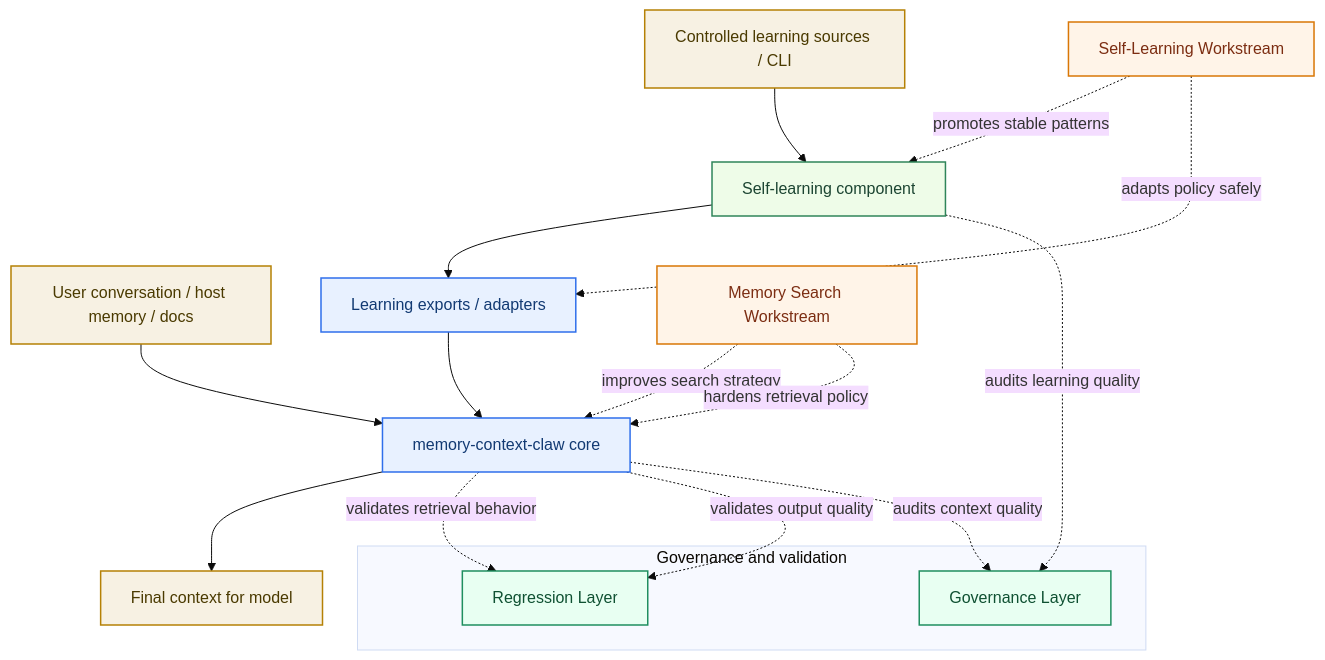
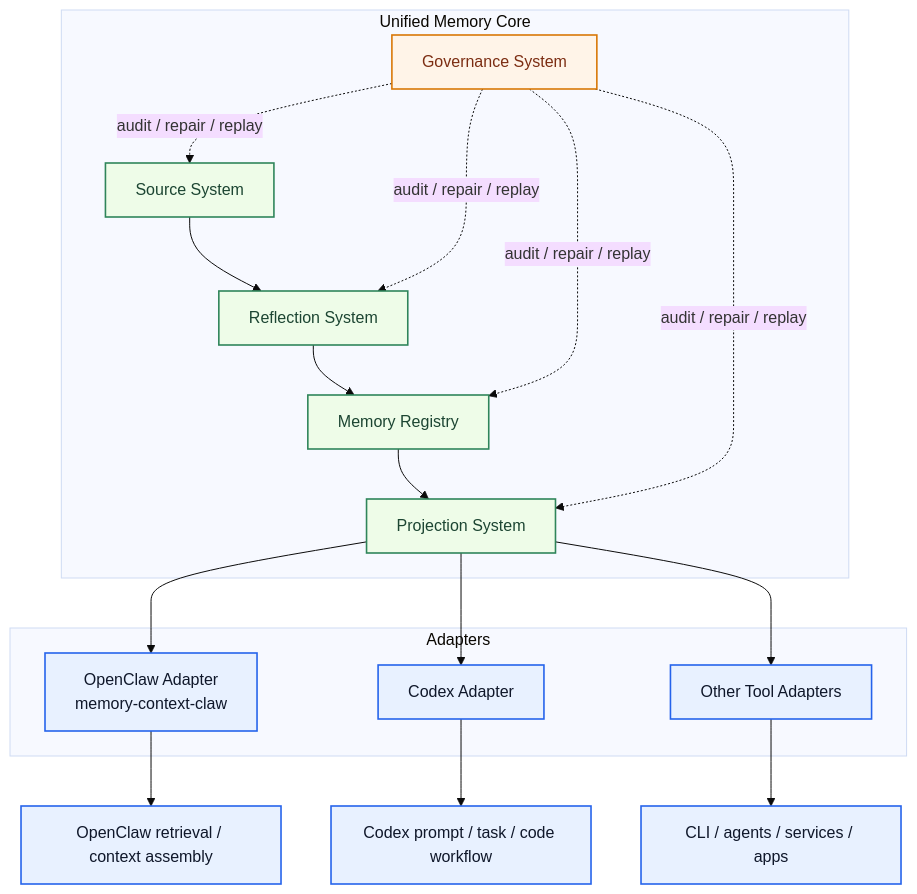
Before and after one commit to redcreen/memory-context-claw: the first of 12 diagrams in system-architecture.md, drawn with Mermaid (base theme). The commit also changed other lines of this file and 5 other files, not shown here.

Commit message:
Refresh top-level architecture docs

````diff
--- a/system-architecture.md
+++ b/system-architecture.md
@@ -28,36 +37,37 @@
 ```mermaid
 flowchart TB
-    A["User conversation / host memory / docs"] --> B["memory-context-claw core"]
-    X["Controlled learning sources / CLI"] --> Y["Self-learning component"]
-    Y --> Z["Learning exports / adapters"]
-    Z --> B
-    B --> E["Final context for model"]
+    subgraph CORE["Unified Memory Core"]
+        S["Source System"]
+        R["Reflection System"]
+        M["Memory Registry"]
+        P["Projection System"]
+        G["Governance System"]
 
-    subgraph OPS["Governance and validation"]
-        F["Regression Layer"]
-        G["Governance Layer"]
+        S --> R --> M --> P
+        G -. audit / repair / replay .-> S
+        G -. audit / repair / replay .-> R
+        G -. audit / repair / replay .-> M
+        G -. audit / repair / replay .-> P
     end
 
-    H["Memory Search Workstream"]
-    I["Self-Learning Workstream"]
+    subgraph ADAPTERS["Adapters"]
+        OA["OpenClaw Adapter\nmemory-context-claw"]
+        CA["Codex Adapter"]
+        TA["Other Tool Adapters"]
+    end
 
-    B -. validates retrieval behavior .-> F
-    B -. validates output quality .-> F
-    Y -. audits learning quality .-> G
-    B -. audits context quality .-> G
-    H -. improves search strategy .-> B
-    H -. hardens retrieval policy .-> B
-    I -. promotes stable patterns .-> Y
-    I -. adapts policy safely .-> Z
+    P --> OA
+    P --> CA
+    P --> TA
 
-    classDef input fill:#f7f1e3,stroke:#b58105,color:#4a3a00,stroke-width:1.5px;
-    classDef plugin fill:#e8f1ff,stroke:#2f6feb,color:#123a73,stroke-width:1.5px;
-    classDef learning fill:#eefce8,stroke:#2f855a,color:#1c4532,stroke-width:1.5px;
-    classDef ops fill:#e8fff2,stroke:#1f8f5f,color:#0f5132,stroke-width:1.5px;
-    classDef workstream fill:#fff4e8,stroke:#d97706,color:#7c2d12,stroke-width:1.5px;
-    class A,X,E input;
-    class B,Z plugin;
-    class Y learning;
-    class F,G ops;
-    class H,I workstream;
+    OA --> O1["OpenClaw retrieval / context assembly"]
+    CA --> C1["Codex prompt / task / code workflow"]
+    TA --> T1["CLI / agents / services / apps"]
+
+    classDef core fill:#eefce8,stroke:#2f855a,color:#1c4532,stroke-width:1.6px;
+    classDef adapter fill:#e8f1ff,stroke:#2563eb,color:#0f172a,stroke-width:1.6px;
+    classDef ops fill:#fff4e8,stroke:#d97706,color:#7c2d12,stroke-width:1.6px;
+    class S,R,M,P core;
+    class OA,CA,TA,O1,C1,T1 adapter;
+    class G ops;
 ```
````
